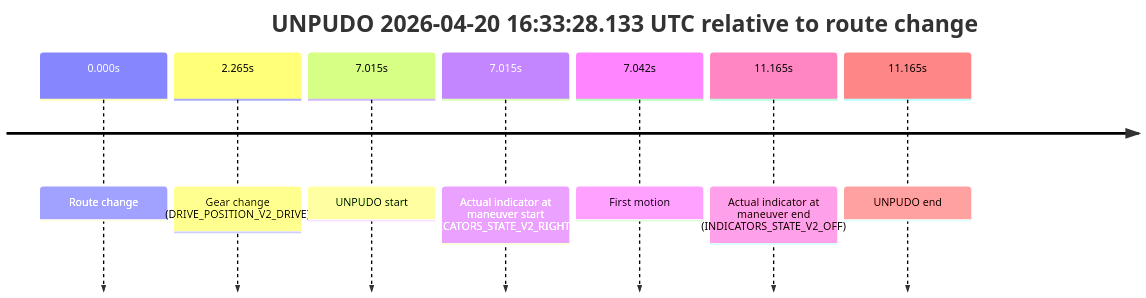
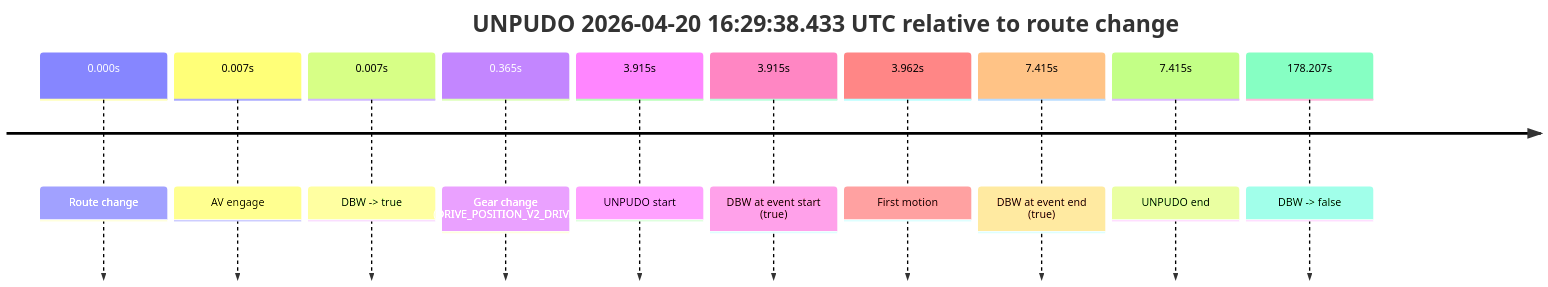
Before and after one commit to yoelshapiro/vault: the first of 8 diagrams in model_analysis/report_cards/2026/04/Week-4/fme20032--2026-04-20--16-03-02--gen2-av-649d4bc0-cb26-4c8d-8386-f05e4e8a1f7e.md, drawn with Mermaid. The commit also changed other lines of this file, not shown here.

````diff
--- a/model_analysis/report_cards/2026/04/Week-4/fme20032--2026-04-20--16-03-02--gen2-av-649d4bc0-cb26-4c8d-8386-f05e4e8a1f7e.md
+++ b/model_analysis/report_cards/2026/04/Week-4/fme20032--2026-04-20--16-03-02--gen2-av-649d4bc0-cb26-4c8d-8386-f05e4e8a1f7e.md
@@ -40,11 +43,14 @@
 ```mermaid
 timeline
-    title UNPUDO 2026-04-20 16:33:28.133 UTC relative to route change
+    title UNPUDO 2026-04-20 16:29:38.433 UTC relative to route change
     0.000s : Route change
-    2.265s : Gear change (DRIVE_POSITION_V2_DRIVE)
-    7.015s : UNPUDO start
-    7.015s : Actual indicator at maneuver start (INDICATORS_STATE_V2_RIGHT_ON)
-    7.042s : First motion
-    11.165s : Actual indicator at maneuver end (INDICATORS_STATE_V2_OFF)
-    11.165s : UNPUDO end
+    0.007s : AV engage
+    0.007s : DBW -> true
+    0.365s : Gear change (DRIVE_POSITION_V2_DRIVE)
+    3.915s : UNPUDO start
+    3.915s : DBW at event start (true)
+    3.962s : First motion
+    7.415s : DBW at event end (true)
+    7.415s : UNPUDO end
+    178.207s : DBW -> false
 ```
````
